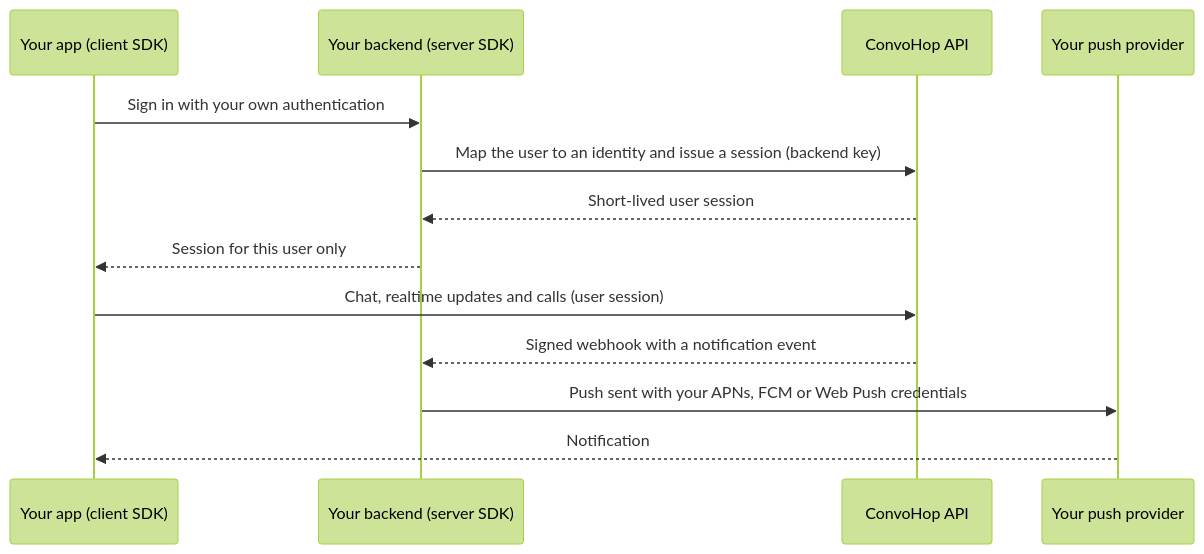
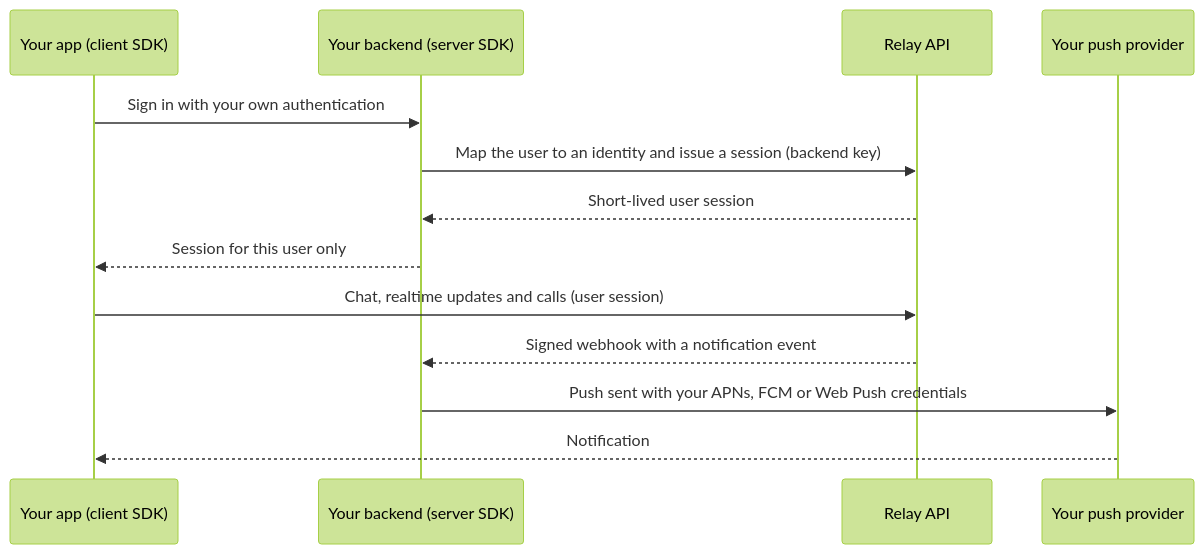
Before and after one commit to ConvoHop/sdks: the diagram in docs/sdk-strategy.md, drawn with Mermaid (forest theme). The commit also changed other lines of this file and 2264 other files, not shown here.

````diff
--- a/docs/sdk-strategy.md
+++ b/docs/sdk-strategy.md
@@ -102,15 +102,15 @@
 ```mermaid
 sequenceDiagram
     participant App as Your app (client SDK)
     participant Backend as Your backend (server SDK)
-    participant API as ConvoHop API
+    participant API as Relay API
     participant Push as Your push provider
     App->>Backend: Sign in with your own authentication
     Backend->>API: Map the user to an identity and issue a session (backend key)
     API-->>Backend: Short-lived user session
     Backend-->>App: Session for this user only
     App->>API: Chat, realtime updates and calls (user session)
     API-->>Backend: Signed webhook with a notification event
     Backend->>Push: Push sent with your APNs, FCM or Web Push credentials
     Push-->>App: Notification
 ```
````
